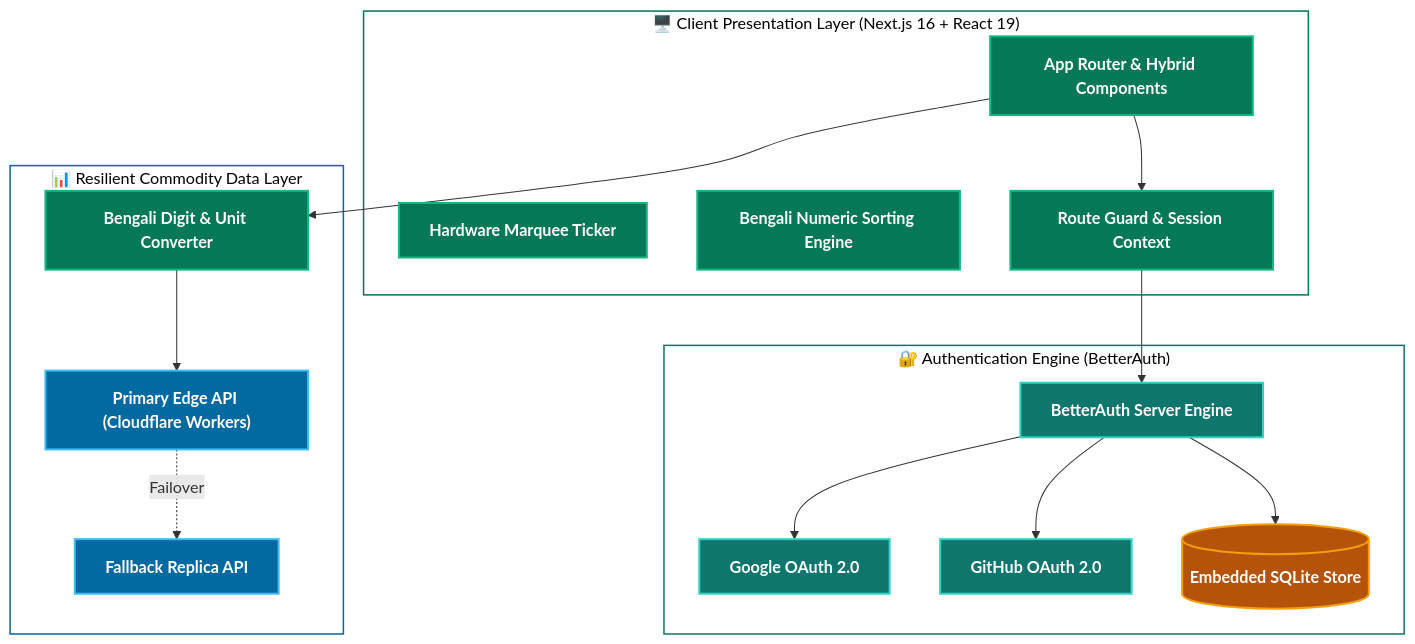
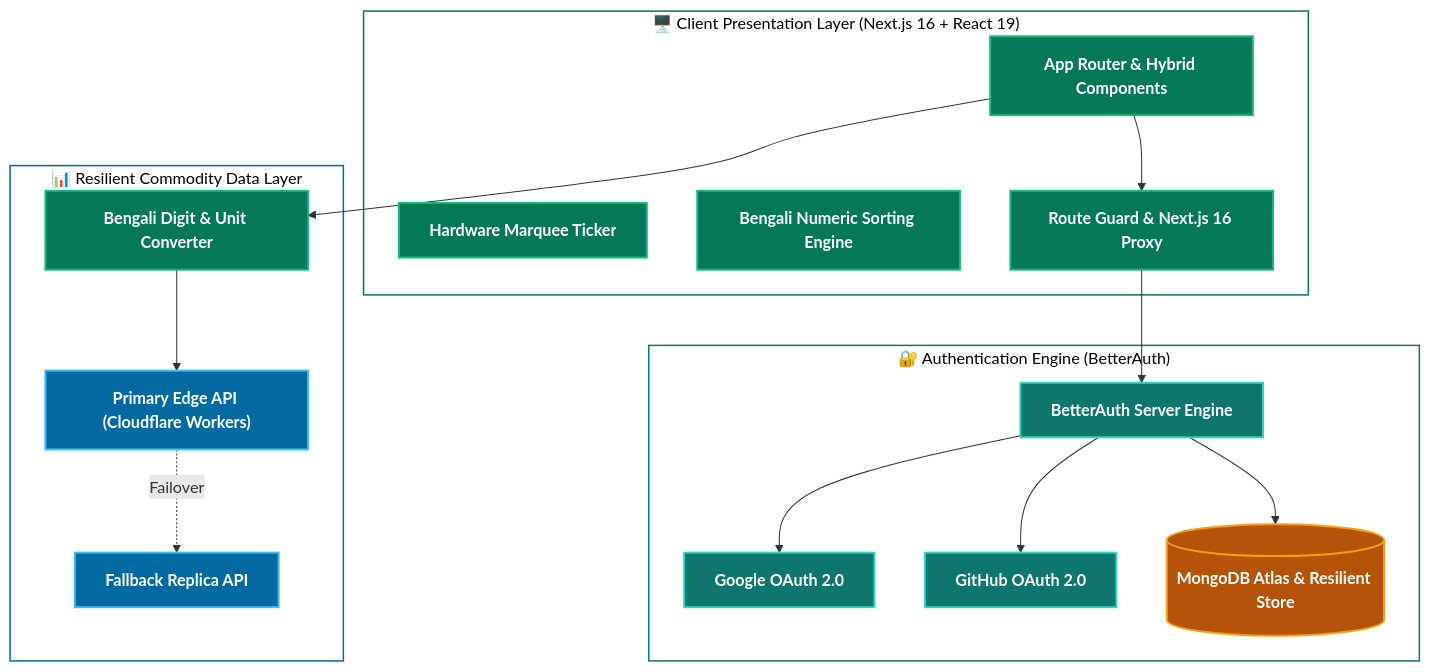
Before and after one commit to mahfuzhasan2700/Bazar-Dor: the diagram in README.md, drawn with Mermaid. The commit also changed other lines of this file, not shown here.

Commit message:
docs: update README tech stack and architecture with MongoDB Atlas, DaisyUI, and Next.js 16 Proxy

````diff
--- a/README.md
+++ b/README.md
@@ -123,40 +123,40 @@
 ```mermaid
 graph TD
     classDef emerald fill:#047857,stroke:#10b981,stroke-width:2px,color:#ffffff,font-weight:bold;
     classDef teal fill:#0f766e,stroke:#2dd4bf,stroke-width:2px,color:#ffffff,font-weight:bold;
     classDef amber fill:#b45309,stroke:#f59e0b,stroke-width:2px,color:#ffffff,font-weight:bold;
     classDef sky fill:#0369a1,stroke:#38bdf8,stroke-width:2px,color:#ffffff,font-weight:bold;
 
     subgraph Client ["🖥️ Client Presentation Layer (Next.js 16 + React 19)"]
         UI["App Router & Hybrid Components"]:::emerald
         Ticker["Hardware Marquee Ticker"]:::emerald
         Sort["Bengali Numeric Sorting Engine"]:::emerald
-        Protected["Route Guard & Session Context"]:::emerald
+        Protected["Route Guard & Next.js 16 Proxy"]:::emerald
     end
 
     subgraph Auth ["🔐 Authentication Engine (BetterAuth)"]
         BA["BetterAuth Server Engine"]:::teal
         OAuthGoogle["Google OAuth 2.0"]:::teal
         OAuthGH["GitHub OAuth 2.0"]:::teal
-        DB[("Embedded SQLite Store")]:::amber
+        DB[("MongoDB Atlas & Resilient Store")]:::amber
     end
 
     subgraph Data ["📊 Resilient Commodity Data Layer"]
         PrimaryAPI["Primary Edge API (Cloudflare Workers)"]:::sky
         ReplicaAPI["Fallback Replica API"]:::sky
         Transformer["Bengali Digit & Unit Converter"]:::emerald
     end
 
     UI --> Protected
     Protected --> BA
     BA --> OAuthGoogle
     BA --> OAuthGH
     BA --> DB
     UI --> Transformer
     Transformer --> PrimaryAPI
     PrimaryAPI -.->|Failover| ReplicaAPI
 
     style Client fill:transparent,stroke:#047857,stroke-width:1.5px,color:inherit
     style Auth fill:transparent,stroke:#0f766e,stroke-width:1.5px,color:inherit
     style Data fill:transparent,stroke:#0369a1,stroke-width:1.5px,color:inherit
 ```
````
